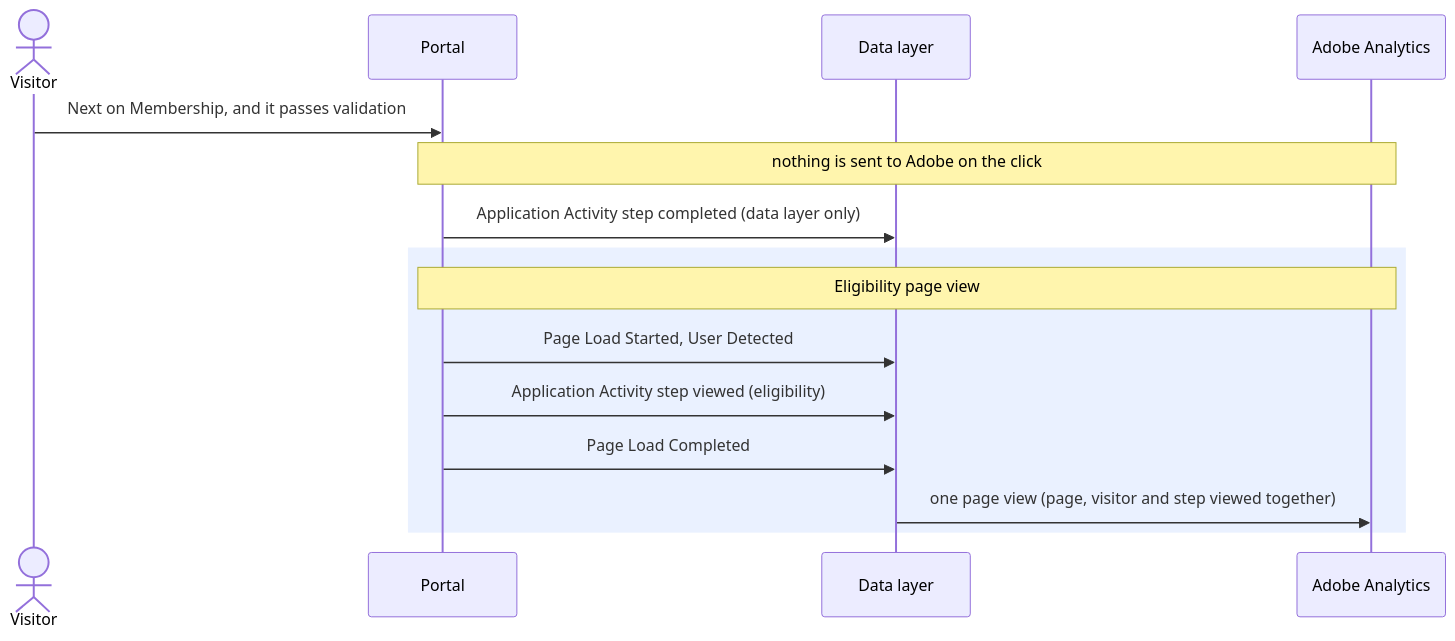
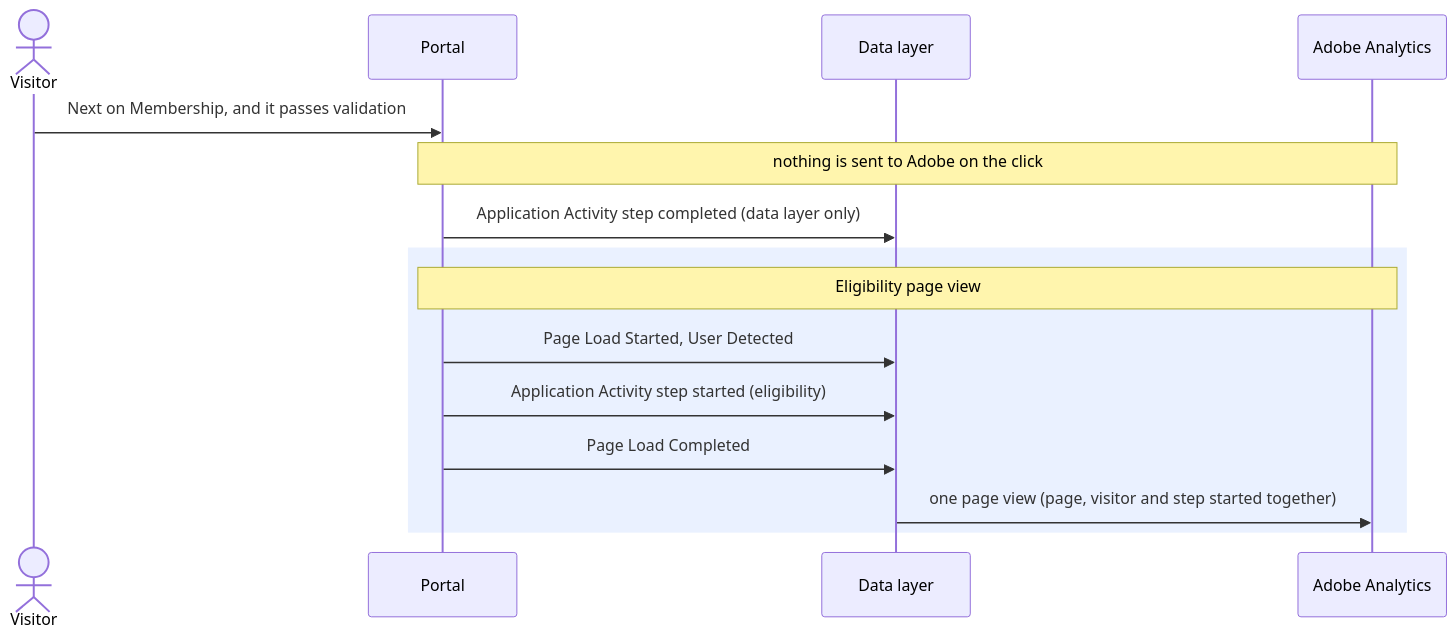
One commit to further-external/client-nyl-gmad-dl-spec changed the diagram in events/page-load-completed.md. Above: the diagram before and after it, drawn with Mermaid. The commit also changed other lines of this file and 13 other files, not shown here.

````diff
--- a/events/page-load-completed.md
+++ b/events/page-load-completed.md
@@ -28,17 +28,17 @@
 ```mermaid
 sequenceDiagram
   actor U as Visitor
   participant UI as Portal
   participant DL as Data layer
   participant AA as Adobe Analytics
   U->>UI: Next on Membership, and it passes validation
   Note over UI,AA: nothing is sent to Adobe on the click
   UI->>DL: Application Activity step completed (data layer only)
   rect rgba(80,140,255,0.12)
     Note over UI,AA: Eligibility page view
     UI->>DL: Page Load Started, User Detected
-    UI->>DL: Application Activity step viewed (eligibility)
+    UI->>DL: Application Activity step started (eligibility)
     UI->>DL: Page Load Completed
-    DL->>AA: one page view (page, visitor and step viewed together)
+    DL->>AA: one page view (page, visitor and step started together)
   end
 ```
````
